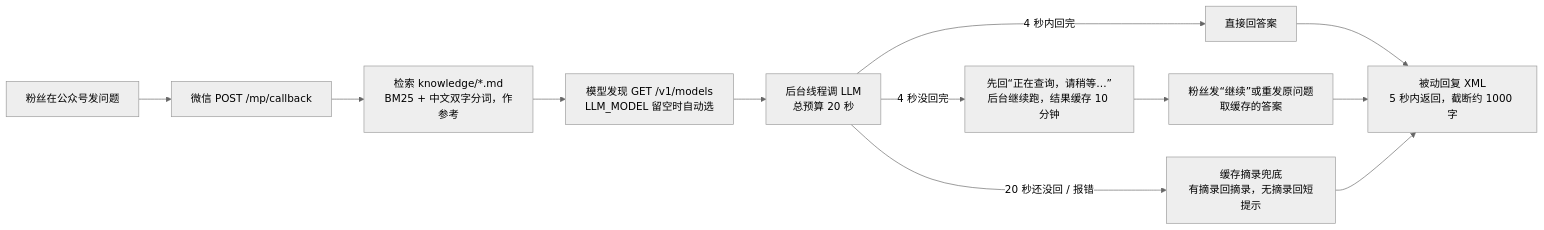
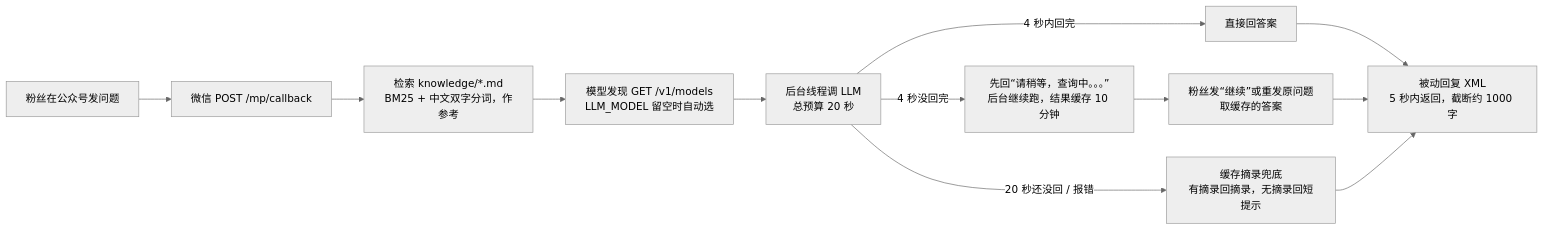
The diagram in README.md (wdw6733/mp-rag-bot), drawn with Mermaid (neutral theme) before and after one commit. The commit also changed other lines of this file, not shown here.

Commit message:
mp-rag-bot v1.3.1: placeholder is now 请稍等，查询中。。。 (slow path, 继续 fetches cached answer)

````diff
--- a/README.md
+++ b/README.md
@@ -11,14 +13,14 @@
 ```mermaid
 flowchart LR
     A[粉丝在公众号发问题] --> B[微信 POST /mp/callback]
     B --> C[检索 knowledge/*.md<br/>BM25 + 中文双字分词，作参考]
     C --> D[模型发现 GET /v1/models<br/>LLM_MODEL 留空时自动选]
     D --> E[后台线程调 LLM<br/>总预算 20 秒]
     E -->|4 秒内回完| F[直接回答案]
-    E -->|4 秒没回完| G[先回“正在查询，请稍等…”<br/>后台继续跑，结果缓存 10 分钟]
+    E -->|4 秒没回完| G[先回“请稍等，查询中。。。”<br/>后台继续跑，结果缓存 10 分钟]
     G --> H[粉丝发“继续”或重发原问题<br/>取缓存的答案]
     E -->|20 秒还没回 / 报错| I[缓存摘录兜底<br/>有摘录回摘录，无摘录回短提示]
     F --> J[被动回复 XML<br/>5 秒内返回，截断约 1000 字]
     H --> J
     I --> J
 ```
````
